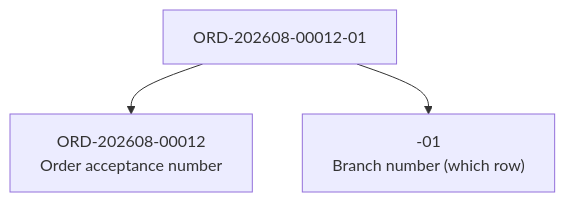
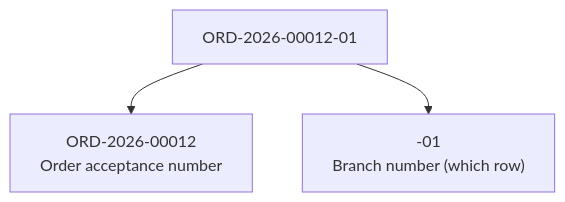
Before and after one commit to Kuisin/ckk-tool-v3: the first of 2 diagrams in coolify/apps/nextjs-web/content/manual/operations/sales/order-line/user.en.md, drawn with Mermaid. The commit also changed other lines of this file and 26 other files, not shown here.

````diff
--- a/coolify/apps/nextjs-web/content/manual/operations/sales/order-line/user.en.md
+++ b/coolify/apps/nextjs-web/content/manual/operations/sales/order-line/user.en.md
@@ -33,5 +33,5 @@
 ```mermaid
 flowchart TD
-  num["ORD-202608-00012-01"] --> head["ORD-202608-00012<br/>Order acceptance number"]
+  num["ORD-2026-00012-01"] --> head["ORD-2026-00012<br/>Order acceptance number"]
   num --> br["-01<br/>Branch number (which row)"]
 ```
````
